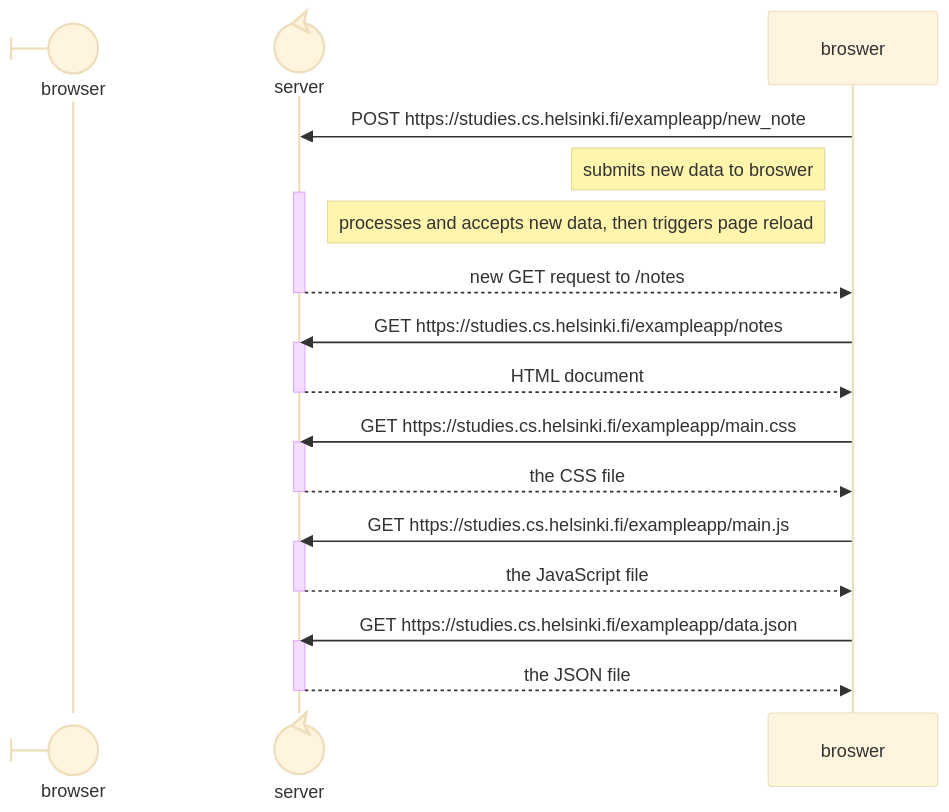
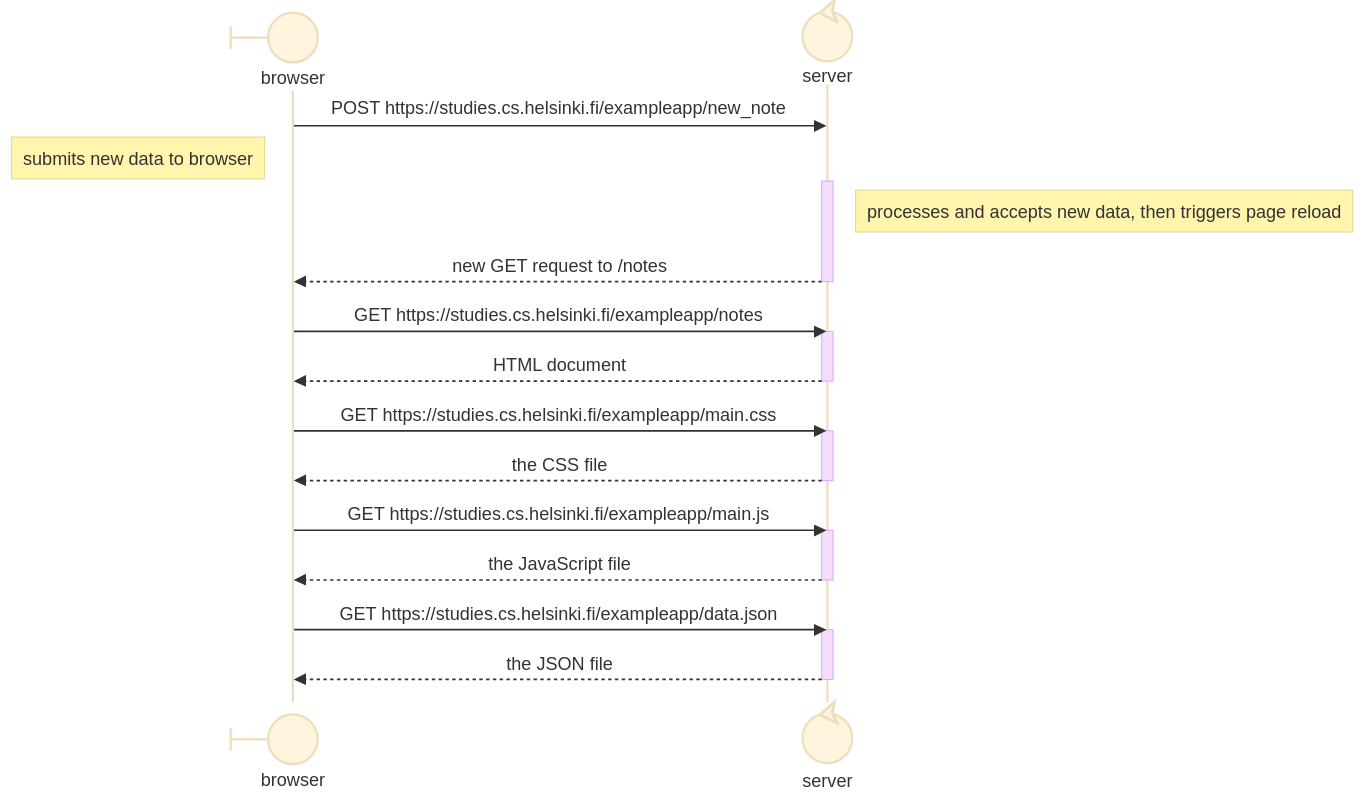
Before and after one commit to billiraheem/fullstack-open: the diagram in PART 0/0.4/new-notes-mermaid-diagram.md, drawn with Mermaid (base theme).

Commit message:
last fix

````diff
--- a/PART 0/0.4/new-notes-mermaid-diagram.md
+++ b/PART 0/0.4/new-notes-mermaid-diagram.md
@@ -1,32 +1,32 @@
 ```mermaid
 sequenceDiagram
     participant browser@{ "type" : "boundary" }
     participant server@{ "type" : "control" }
 
-    broswer->>server: POST https://studies.cs.helsinki.fi/exampleapp/new_note
-    Note left of broswer: submits new data to broswer
+    browser->>server: POST https://studies.cs.helsinki.fi/exampleapp/new_note
+    Note left of browser: submits new data to browser
     activate server
     Note right of server: processes and accepts new data, then triggers page reload
-    server-->>broswer: new GET request to /notes
+    server-->>browser: new GET request to /notes
     deactivate server
 
-    broswer->>server: GET https://studies.cs.helsinki.fi/exampleapp/notes
+    browser->>server: GET https://studies.cs.helsinki.fi/exampleapp/notes
     activate server
-    server-->>broswer: HTML document
+    server-->>browser: HTML document
     deactivate server
 
-    broswer->>server: GET https://studies.cs.helsinki.fi/exampleapp/main.css
+    browser->>server: GET https://studies.cs.helsinki.fi/exampleapp/main.css
     activate server
-    server-->>broswer: the CSS file
+    server-->>browser: the CSS file
     deactivate server
 
-    broswer->>server: GET https://studies.cs.helsinki.fi/exampleapp/main.js
+    browser->>server: GET https://studies.cs.helsinki.fi/exampleapp/main.js
     activate server
-    server-->>broswer: the JavaScript file
+    server-->>browser: the JavaScript file
     deactivate server
 
-    broswer->>server: GET https://studies.cs.helsinki.fi/exampleapp/data.json
+    browser->>server: GET https://studies.cs.helsinki.fi/exampleapp/data.json
     activate server
-    server-->>broswer: the JSON file
+    server-->>browser: the JSON file
     deactivate server
 ```
````
